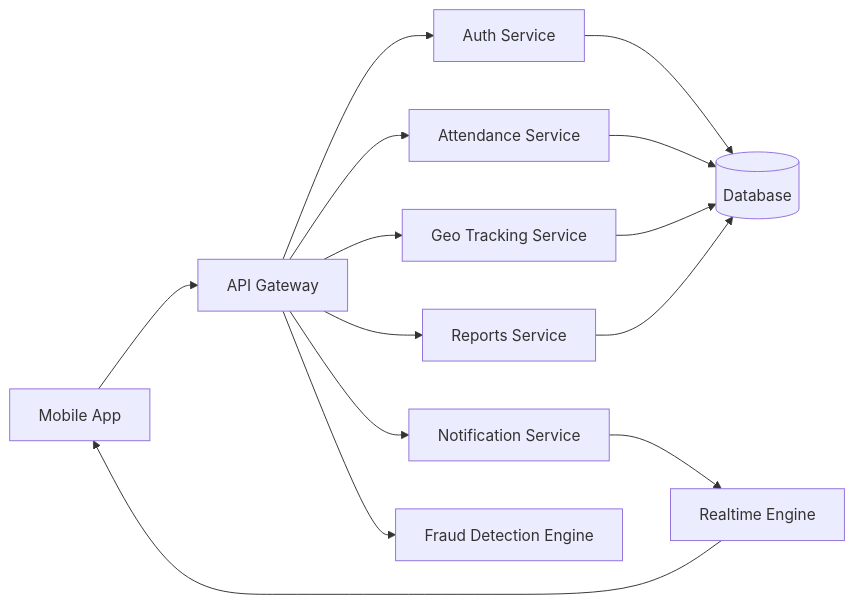
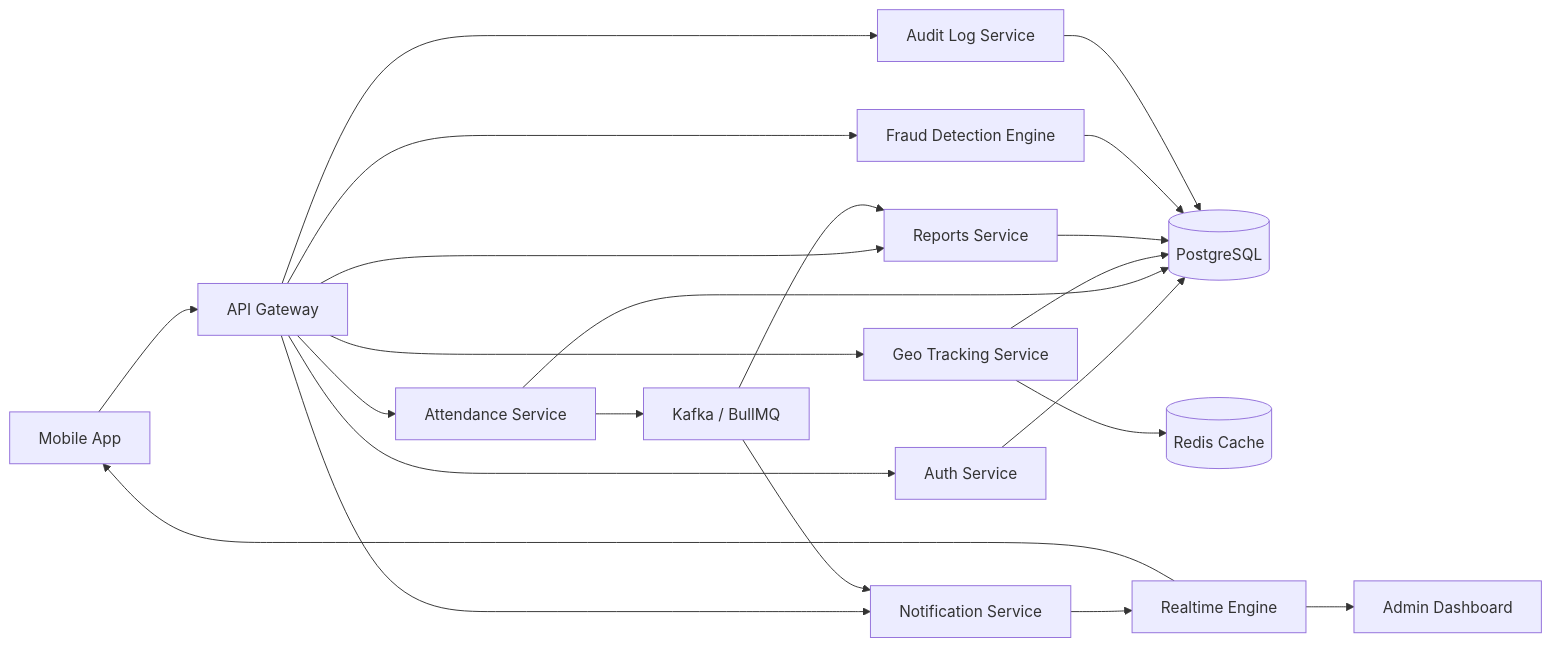
The first of 5 diagrams in README.md (jitenderdeveloper/concept), drawn with Mermaid before and after one commit. The commit also changed other lines of this file and 1 other file, not shown here.

````diff
--- a/README.md
+++ b/README.md
@@ -92,18 +349,27 @@
 ```mermaid
 flowchart LR
-Mobile[Mobile App] --> APIGW[API Gateway]
-APIGW --> AUTH[Auth Service]
-APIGW --> ATT[Attendance Service]
-APIGW --> GEO[Geo Tracking Service]
-APIGW --> NOTI[Notification Service]
-APIGW --> REP[Reports Service]
-APIGW --> FRAUD[Fraud Detection Engine]
+    Mobile[Mobile App] --> APIGW[API Gateway]
+    APIGW --> AUTH[Auth Service]
+    APIGW --> ATT[Attendance Service]
+    APIGW --> GEO[Geo Tracking Service]
+    APIGW --> NOTI[Notification Service]
+    APIGW --> REP[Reports Service]
+    APIGW --> FRAUD[Fraud Detection Engine]
+    APIGW --> AUDIT[Audit Log Service]
 
-AUTH --> DB[(Database)]
-ATT --> DB
-GEO --> DB
-REP --> DB
+    AUTH --> DB[(PostgreSQL)]
+    ATT --> DB
+    GEO --> DB
+    REP --> DB
+    FRAUD --> DB
+    AUDIT --> DB
 
-NOTI --> WS[Realtime Engine]
-WS --> Mobile
+    GEO --> CACHE[(Redis Cache)]
+    ATT --> QUEUE[Kafka / BullMQ]
+    QUEUE --> NOTI
+    QUEUE --> REP
+
+    NOTI --> WS[Realtime Engine]
+    WS --> Mobile
+    WS --> AdminDash[Admin Dashboard]
 ```
````
